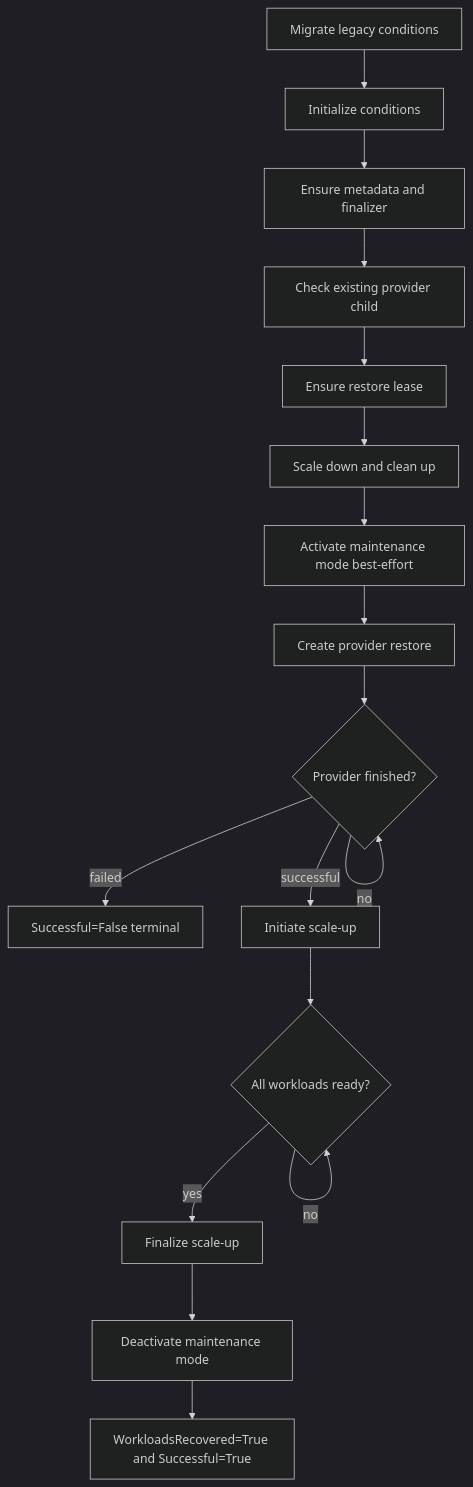
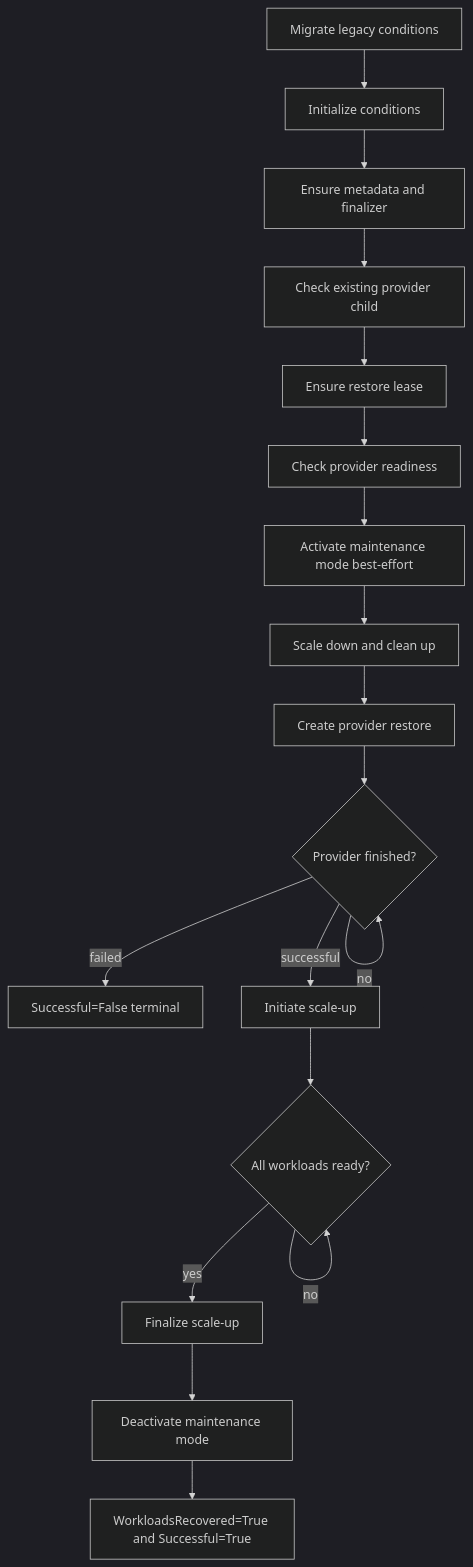
One commit to cloudogu/k8s-backup-operator changed the second of 3 diagrams in docs/development/restore/restore_process_en.md. Above: the diagram before and after it, drawn with Mermaid (dark theme). The commit also changed other lines of this file and 3 other files, not shown here.

````diff
--- a/docs/development/restore/restore_process_en.md
+++ b/docs/development/restore/restore_process_en.md
@@ -43,19 +43,20 @@
 ```mermaid
 flowchart TD
     A[Migrate legacy conditions] --> B[Initialize conditions]
     B --> C[Ensure metadata and finalizer]
     C --> D[Check existing provider child]
     D --> E[Ensure restore lease]
-    E --> F[Scale down and clean up]
-    F --> FM[Activate maintenance mode best-effort]
-    FM --> G[Create provider restore]
+    E --> PR[Check provider readiness]
+    PR --> FM[Activate maintenance mode best-effort]
+    FM --> F[Scale down and clean up]
+    F --> G[Create provider restore]
     G --> H{Provider finished?}
     H -- no --> H
     H -- failed --> X[Successful=False terminal]
     H -- successful --> J[Initiate scale-up]
     J --> K{All workloads ready?}
     K -- no --> K
     K -- yes --> L[Finalize scale-up]
     L --> M[Deactivate maintenance mode]
     M --> N[WorkloadsRecovered=True and Successful=True]
 ```
````
